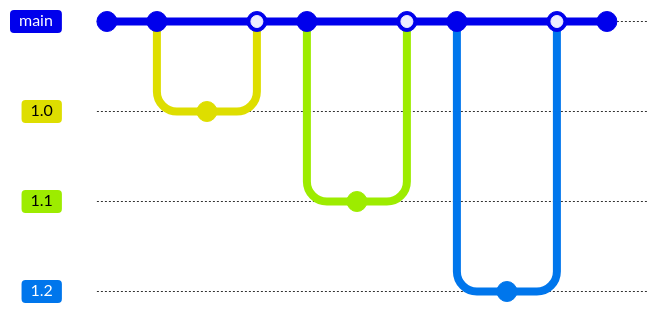
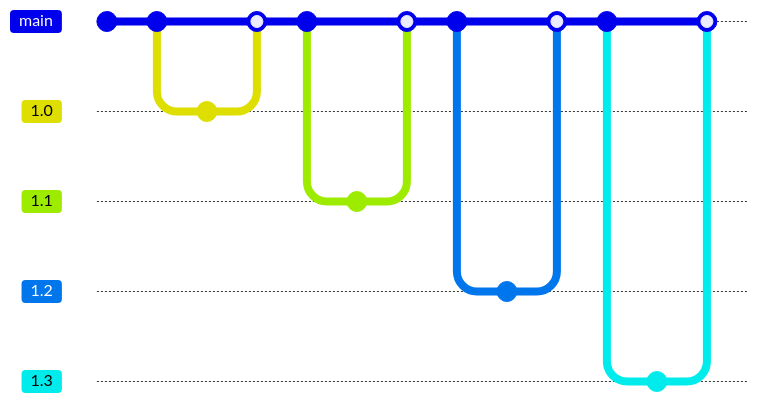
The diagram in graph.md (gianmarco-mameli/uselessrepo), drawn with Mermaid before and after one commit. Commit ids are hidden.

````diff
--- a/graph.md
+++ b/graph.md
@@ -1,24 +1,29 @@
 ```mermaid
 gitGraph
     commit
     commit
     branch 1.0
     checkout 1.0
     commit
     checkout main
     merge 1.0
     commit
     branch 1.1
     checkout 1.1
     commit
     checkout main
     merge 1.1
     commit
     branch 1.2
     checkout 1.2
     commit
     checkout main
     merge 1.2
     commit
+    branch 1.3
+    checkout 1.3
+    commit
+    checkout main
+    merge 1.3
     
 ```
````
